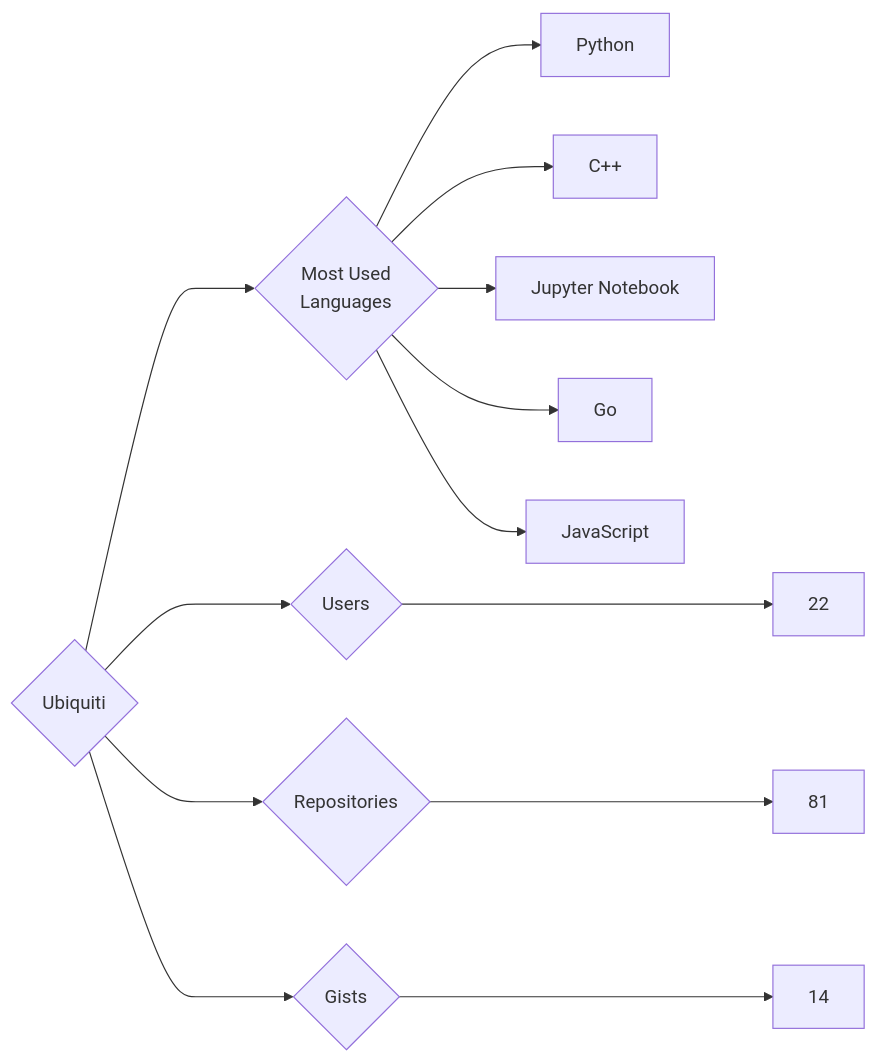
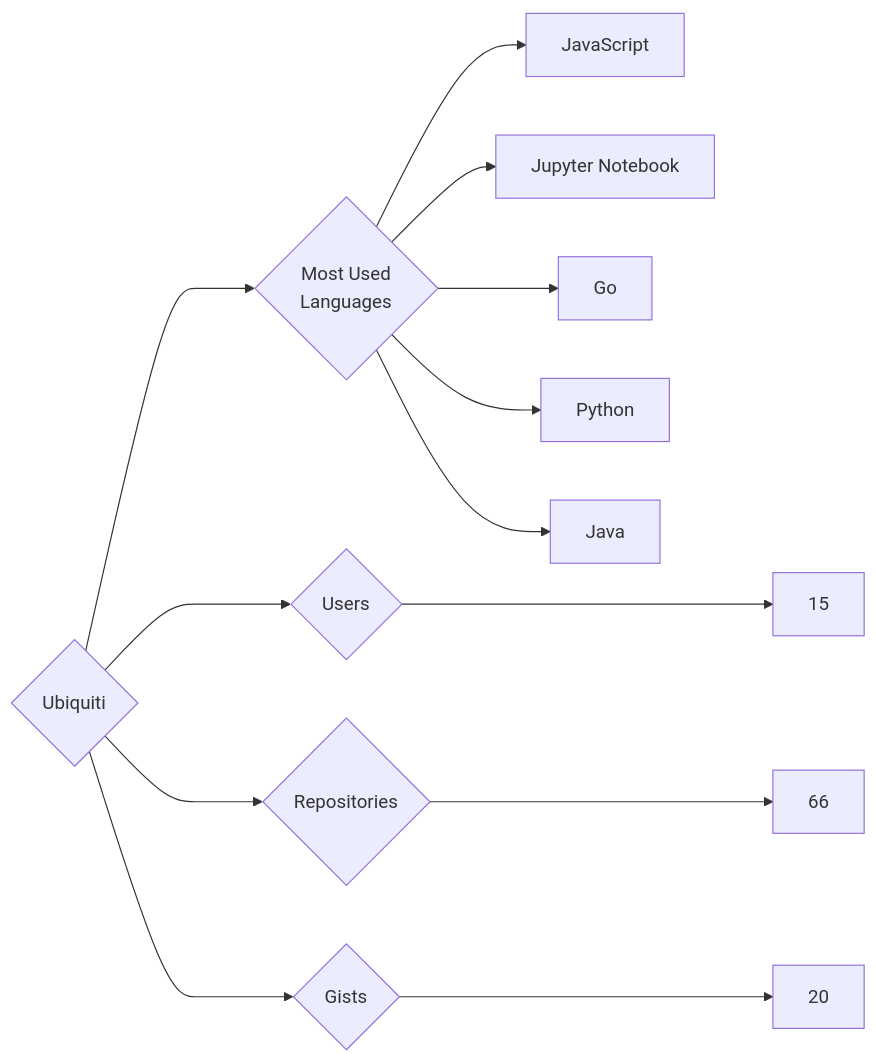
The diagram in targets/Ubiquiti/README.md (trickest/insiders), drawn with Mermaid before and after one commit. The commit also changed 903 other files, not shown here.

````diff
--- a/targets/Ubiquiti/README.md
+++ b/targets/Ubiquiti/README.md
@@ -3,13 +3,13 @@
 ```mermaid
 graph LR
 COMPANY_NAME{Ubiquiti}
-COMPANY_NAME ---> U{Users} ---> UN[22]
-COMPANY_NAME ---> R{Repositories} ---> RN[81]
-COMPANY_NAME ---> G{Gists} ---> GN[14]
+COMPANY_NAME ---> U{Users} ---> UN[15]
+COMPANY_NAME ---> R{Repositories} ---> RN[66]
+COMPANY_NAME ---> G{Gists} ---> GN[20]
 COMPANY_NAME ---> ML{Most Used<br>Languages}
-ML --> Python[Python]
-ML --> C++[C++]
+ML --> JavaScript[JavaScript]
 ML --> Jupyter_Notebook[Jupyter Notebook]
 ML --> Go[Go]
-ML --> JavaScript[JavaScript]
+ML --> Python[Python]
+ML --> Java[Java]
 ```
````
